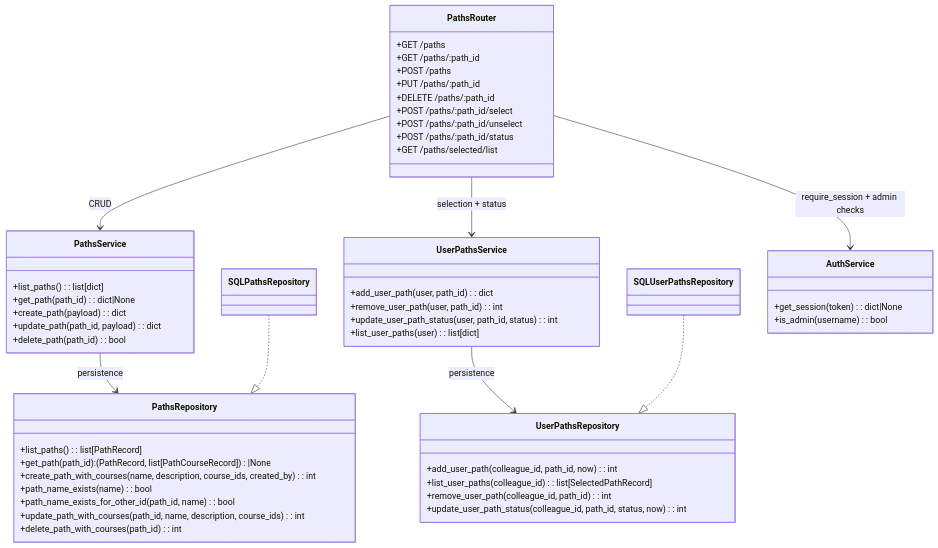
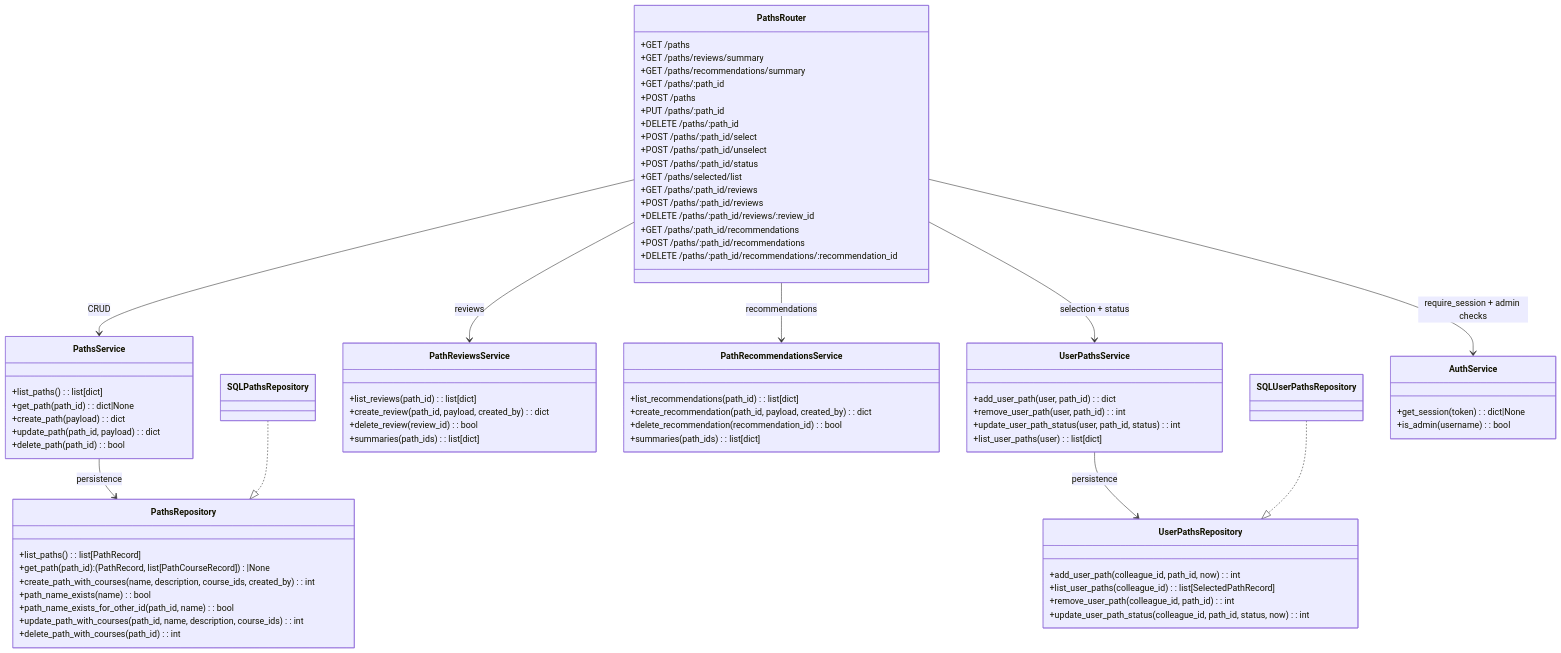
One commit to JustinMelger/Upstream changed the ninth of 15 diagrams in docs/architecture_backend.md. Above: the diagram before and after it, drawn with Mermaid. The commit also changed other lines of this file and 58 other files, not shown here.

```diff
--- a/docs/architecture_backend.md
+++ b/docs/architecture_backend.md
@@ -315,6 +366,8 @@
 classDiagram
   class PathsRouter {
     +GET /paths
+    +GET /paths/reviews/summary
+    +GET /paths/recommendations/summary
     +GET /paths/:path_id
     +POST /paths
     +PUT /paths/:path_id
@@ -323,6 +376,12 @@
     +POST /paths/:path_id/unselect
     +POST /paths/:path_id/status
     +GET /paths/selected/list
+    +GET /paths/:path_id/reviews
+    +POST /paths/:path_id/reviews
+    +DELETE /paths/:path_id/reviews/:review_id
+    +GET /paths/:path_id/recommendations
+    +POST /paths/:path_id/recommendations
+    +DELETE /paths/:path_id/recommendations/:recommendation_id
   }
 
   class PathsService {
@@ -338,6 +397,20 @@
     +remove_user_path(user, path_id): int
     +update_user_path_status(user, path_id, status): int
     +list_user_paths(user): list[dict]
+  }
+
+  class PathReviewsService {
+    +list_reviews(path_id): list[dict]
+    +create_review(path_id, payload, created_by): dict
+    +delete_review(review_id): bool
+    +summaries(path_ids): list[dict]
+  }
+
+  class PathRecommendationsService {
+    +list_recommendations(path_id): list[dict]
+    +create_recommendation(path_id, payload, created_by): dict
+    +delete_recommendation(recommendation_id): bool
+    +summaries(path_ids): list[dict]
   }
 
   class PathsRepository {
@@ -371,6 +444,8 @@
   PathsRouter --> AuthService : require_session + admin checks
   PathsRouter --> PathsService : CRUD
   PathsRouter --> UserPathsService : selection + status
+  PathsRouter --> PathReviewsService : reviews
+  PathsRouter --> PathRecommendationsService : recommendations
   PathsService --> PathsRepository : persistence
   SQLPathsRepository ..|> PathsRepository
   UserPathsService --> UserPathsRepository : persistence
```
